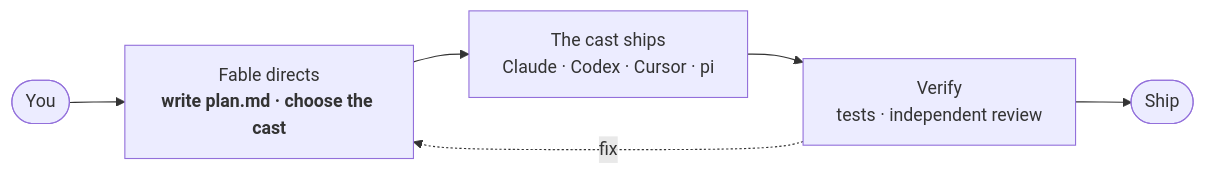
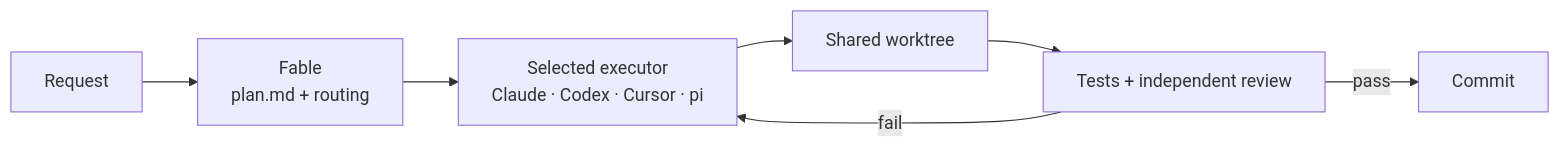
Before and after one commit to miguelrios/unc-skills: the diagram in parable/README.md, drawn with Mermaid. The commit also changed other lines of this file, not shown here.

Commit message:
docs(parable): make workflow diagram technical

````diff
--- a/parable/README.md
+++ b/parable/README.md
@@ -12,8 +12,9 @@
 ```mermaid
 flowchart LR
-    You(["You"]) --> F["Fable directs<br/><b>write plan.md · choose the cast</b>"]
-    F --> C["The cast ships<br/>Claude · Codex · Cursor · pi"]
-    C --> V["Verify<br/>tests · independent review"]
-    V --> Done(["Ship"])
-    V -. fix .-> F
+    R["Request"] --> F["Fable<br/>plan.md + routing"]
+    F --> E["Selected executor<br/>Claude · Codex · Cursor · pi"]
+    E --> W["Shared worktree"]
+    W --> V["Tests + independent review"]
+    V -->|pass| C["Commit"]
+    V -->|fail| E
 ```
````
